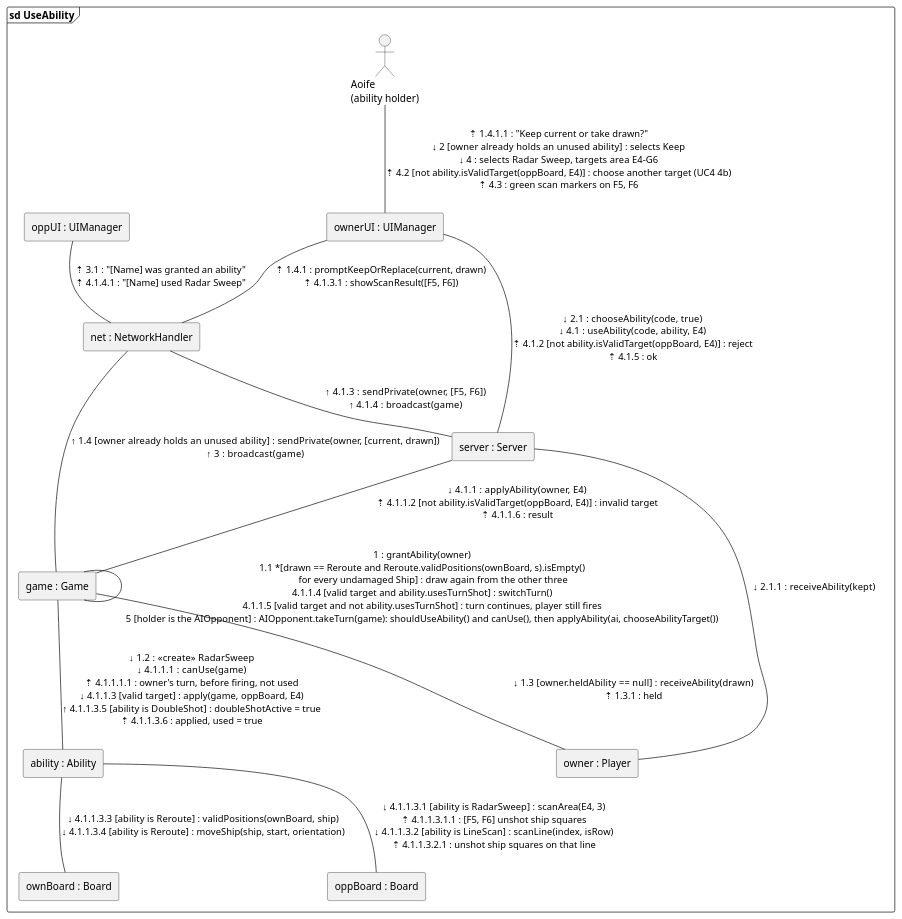
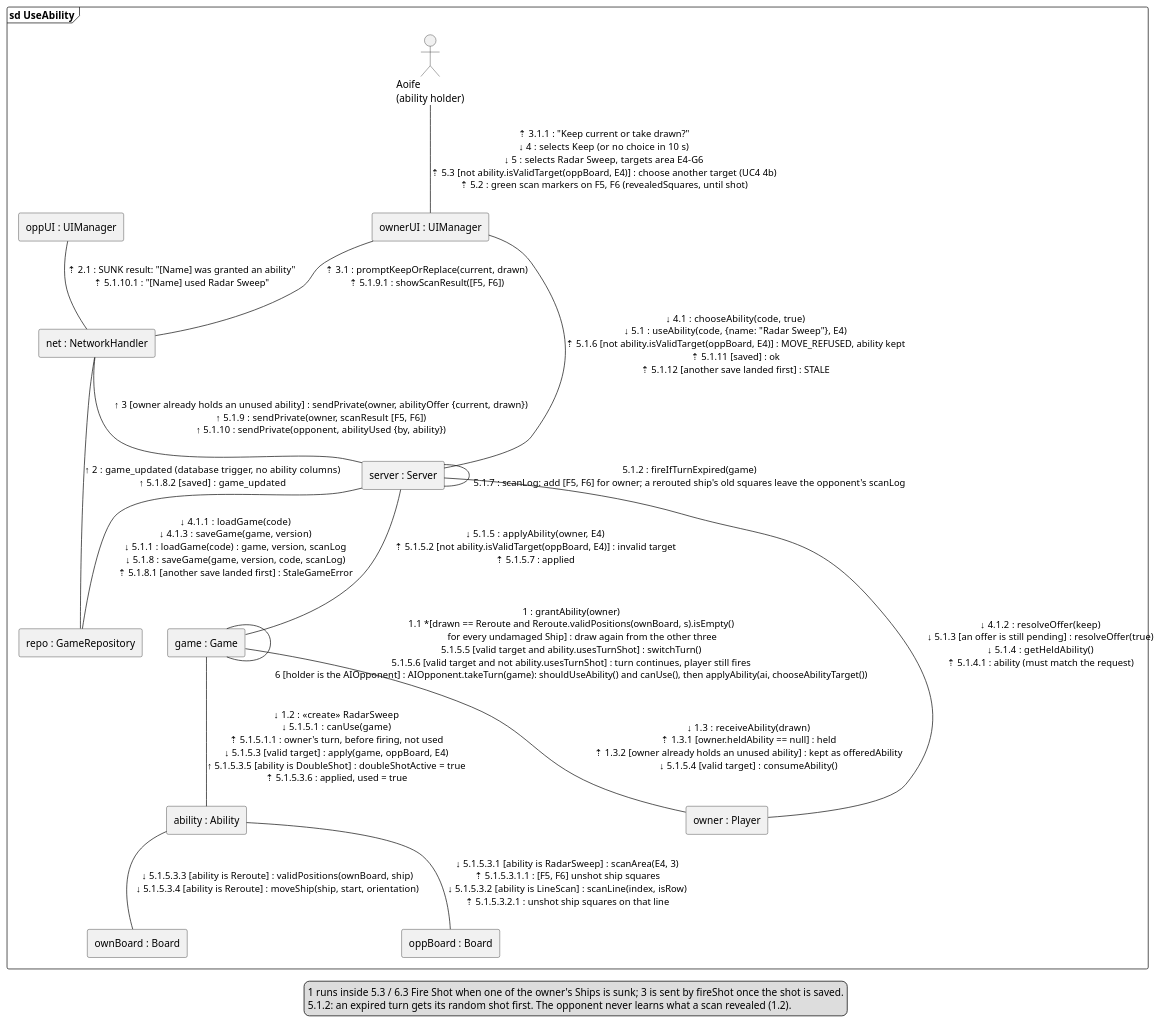
The diagram in docs/uml/communication/use-ability.puml (queeeety/battleship-online), drawn with PlantUML before and after one commit. The commit also changed 6 other files, not shown here.

Commit message:
Update UML for Stage 7

```diff
--- a/docs/uml/communication/use-ability.puml
+++ b/docs/uml/communication/use-ability.puml
@@ -1,27 +1,34 @@
 @startuml 6_4_UseAbility_CommunicationDiagram
 frame "sd UseAbility" {
   actor "Aoife\n(ability holder)" as Owner
   rectangle "ownerUI : UIManager" as UI
   rectangle "net : NetworkHandler" as Net
   rectangle "oppUI : UIManager" as OppUI
   rectangle "server : Server" as Server
+  rectangle "repo : GameRepository" as Repo
   rectangle "game : Game" as Game
   rectangle "owner : Player" as Player
   rectangle "ability : Ability" as Ability
   rectangle "ownBoard : Board" as OwnBoard
   rectangle "oppBoard : Board" as OppBoard
-  Owner -down- UI : ⇡ 1.4.1.1 : "Keep current or take drawn?"\n↓ 2 [owner already holds an unused ability] : selects Keep\n↓ 4 : selects Radar Sweep, targets area E4-G6\n⇡ 4.2 [not ability.isValidTarget(oppBoard, E4)] : choose another target (UC4 4b)\n⇡ 4.3 : green scan markers on F5, F6
-  UI -down- Net : ⇡ 1.4.1 : promptKeepOrReplace(current, drawn)\n⇡ 4.1.3.1 : showScanResult([F5, F6])
-  OppUI -down- Net : ⇡ 3.1 : "[Name] was granted an ability"\n⇡ 4.1.4.1 : &#34;[Name] used Radar Sweep&#34;
-  UI -down- Server : ↓ 2.1 : chooseAbility(code, true)\n↓ 4.1 : useAbility(code, ability, E4)\n⇡ 4.1.2 [not ability.isValidTarget(oppBoard, E4)] : reject\n⇡ 4.1.5 : ok
-  Net -down- Server : ↑ 4.1.3 : sendPrivate(owner, [F5, F6])\n↑ 4.1.4 : broadcast(game)
-  Net -down- Game : ↑ 1.4 [owner already holds an unused ability] : sendPrivate(owner, [current, drawn])\n↑ 3 : broadcast(game)
-  Server -down- Game : ↓ 4.1.1 : applyAbility(owner, E4)\n⇡ 4.1.1.2 [not ability.isValidTarget(oppBoard, E4)] : invalid target\n⇡ 4.1.1.6 : result
-  Server -down- Player : ↓ 2.1.1 : receiveAbility(kept)
-  Game -- Game : 1 : grantAbility(owner)\n1.1 *[drawn == Reroute and Reroute.validPositions(ownBoard, s).isEmpty()\n         for every undamaged Ship] : draw again from the other three\n4.1.1.4 [valid target and ability.usesTurnShot] : switchTurn()\n4.1.1.5 [valid target and not ability.usesTurnShot] : turn continues, player still fires\n5 [holder is the AIOpponent] : AIOpponent.takeTurn(game): shouldUseAbility() and canUse(), then applyAbility(ai, chooseAbilityTarget())
-  Game -down- Ability : ↓ 1.2 : <<create>> RadarSweep\n↓ 4.1.1.1 : canUse(game)\n⇡ 4.1.1.1.1 : owner's turn, before firing, not used\n↓ 4.1.1.3 [valid target] : apply(game, oppBoard, E4)\n↑ 4.1.1.3.5 [ability is DoubleShot] : doubleShotActive = true\n⇡ 4.1.1.3.6 : applied, used = true
-  Game -down- Player : ↓ 1.3 [owner.heldAbility == null] : receiveAbility(drawn)\n⇡ 1.3.1 : held
-  Ability -down- OppBoard : ↓ 4.1.1.3.1 [ability is RadarSweep] : scanArea(E4, 3)\n⇡ 4.1.1.3.1.1 : [F5, F6] unshot ship squares\n↓ 4.1.1.3.2 [ability is LineScan] : scanLine(index, isRow)\n⇡ 4.1.1.3.2.1 : unshot ship squares on that line
-  Ability -down- OwnBoard : ↓ 4.1.1.3.3 [ability is Reroute] : validPositions(ownBoard, ship)\n↓ 4.1.1.3.4 [ability is Reroute] : moveShip(ship, start, orientation)
+  Owner -down- UI : ⇡ 3.1.1 : "Keep current or take drawn?"\n↓ 4 : selects Keep (or no choice in 10 s)\n↓ 5 : selects Radar Sweep, targets area E4-G6\n⇡ 5.3 [not ability.isValidTarget(oppBoard, E4)] : choose another target (UC4 4b)\n⇡ 5.2 : green scan markers on F5, F6 (revealedSquares, until shot)
+  UI -down- Net : ⇡ 3.1 : promptKeepOrReplace(current, drawn)\n⇡ 5.1.9.1 : showScanResult([F5, F6])
+  OppUI -down- Net : ⇡ 2.1 : SUNK result: "[Name] was granted an ability"\n⇡ 5.1.10.1 : &#34;[Name] used Radar Sweep&#34;
+  UI -down- Server : ↓ 4.1 : chooseAbility(code, true)\n↓ 5.1 : useAbility(code, {name: "Radar Sweep"}, E4)\n⇡ 5.1.6 [not ability.isValidTarget(oppBoard, E4)] : MOVE_REFUSED, ability kept\n⇡ 5.1.11 [saved] : ok\n⇡ 5.1.12 [another save landed first] : STALE
+  Net -down- Server : ↑ 3 [owner already holds an unused ability] : sendPrivate(owner, abilityOffer {current, drawn})\n↑ 5.1.9 : sendPrivate(owner, scanResult [F5, F6])\n↑ 5.1.10 : sendPrivate(opponent, abilityUsed {by, ability})
+  Net -down- Repo : ↑ 2 : game_updated (database trigger, no ability columns)\n↑ 5.1.8.2 [saved] : game_updated
+  Server -- Server : 5.1.2 : fireIfTurnExpired(game)\n5.1.7 : scanLog: add [F5, F6] for owner; a rerouted ship's old squares leave the opponent's scanLog
+  Server -down- Repo : ↓ 4.1.1 : loadGame(code)\n↓ 4.1.3 : saveGame(game, version)\n↓ 5.1.1 : loadGame(code) : game, version, scanLog\n↓ 5.1.8 : saveGame(game, version, code, scanLog)\n⇡ 5.1.8.1 [another save landed first] : StaleGameError
+  Server -down- Player : ↓ 4.1.2 : resolveOffer(keep)\n↓ 5.1.3 [an offer is still pending] : resolveOffer(true)\n↓ 5.1.4 : getHeldAbility()\n⇡ 5.1.4.1 : ability (must match the request)
+  Server -down- Game : ↓ 5.1.5 : applyAbility(owner, E4)\n⇡ 5.1.5.2 [not ability.isValidTarget(oppBoard, E4)] : invalid target\n⇡ 5.1.5.7 : applied
+  Game -- Game : 1 : grantAbility(owner)\n1.1 *[drawn == Reroute and Reroute.validPositions(ownBoard, s).isEmpty()\n         for every undamaged Ship] : draw again from the other three\n5.1.5.5 [valid target and ability.usesTurnShot] : switchTurn()\n5.1.5.6 [valid target and not ability.usesTurnShot] : turn continues, player still fires\n6 [holder is the AIOpponent] : AIOpponent.takeTurn(game): shouldUseAbility() and canUse(), then applyAbility(ai, chooseAbilityTarget())
+  Game -down- Ability : ↓ 1.2 : <<create>> RadarSweep\n↓ 5.1.5.1 : canUse(game)\n⇡ 5.1.5.1.1 : owner's turn, before firing, not used\n↓ 5.1.5.3 [valid target] : apply(game, oppBoard, E4)\n↑ 5.1.5.3.5 [ability is DoubleShot] : doubleShotActive = true\n⇡ 5.1.5.3.6 : applied, used = true
+  Game -down- Player : ↓ 1.3 : receiveAbility(drawn)\n⇡ 1.3.1 [owner.heldAbility == null] : held\n⇡ 1.3.2 [owner already holds an unused ability] : kept as offeredAbility\n↓ 5.1.5.4 [valid target] : consumeAbility()
+  Ability -down- OppBoard : ↓ 5.1.5.3.1 [ability is RadarSweep] : scanArea(E4, 3)\n⇡ 5.1.5.3.1.1 : [F5, F6] unshot ship squares\n↓ 5.1.5.3.2 [ability is LineScan] : scanLine(index, isRow)\n⇡ 5.1.5.3.2.1 : unshot ship squares on that line
+  Ability -down- OwnBoard : ↓ 5.1.5.3.3 [ability is Reroute] : validPositions(ownBoard, ship)\n↓ 5.1.5.3.4 [ability is Reroute] : moveShip(ship, start, orientation)
 }
+legend bottom
+  1 runs inside 5.3 / 6.3 Fire Shot when one of the owner's Ships is sunk; 3 is sent by fireShot once the shot is saved.
+  5.1.2: an expired turn gets its random shot first. The opponent never learns what a scan revealed (1.2).
+endlegend
 @enduml
```
